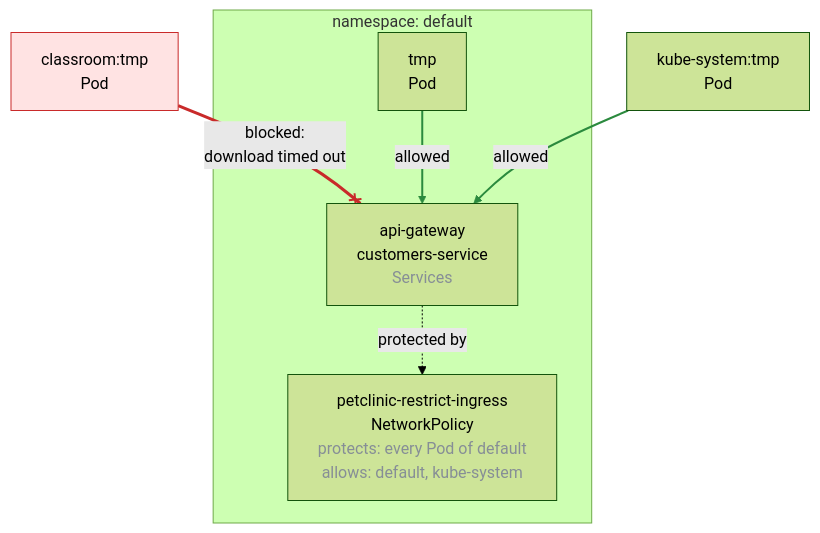
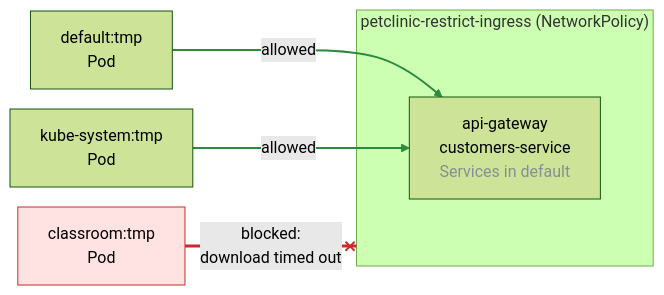
The second of 3 diagrams in _posts/2026-11-08-esigelec-kubernetes-2026.md (mincong-h/mincong-h.github.io), drawn with Mermaid (forest theme) before and after one commit.

Commit message:
Make Figure 6 horizontal in the ESIGELEC Kubernetes 2026 Recap

````diff
--- a/_posts/2026-11-08-esigelec-kubernetes-2026.md
+++ b/_posts/2026-11-08-esigelec-kubernetes-2026.md
@@ -254,27 +254,24 @@
 ```mermaid
 ---
 config:
   flowchart:
-    nodeSpacing: 50
-    rankSpacing: 45
-    wrappingWidth: 260
+    nodeSpacing: 20
+    rankSpacing: 50
 ---
-flowchart TB
+flowchart LR
     c_tmp["classroom:tmp<br>Pod"]
-    subgraph ns_default["namespace: default"]
-        d_tmp["tmp<br>Pod"]
-        petclinic["api-gateway<br>customers-service<br><span style='color:#868e96 !important'>Services</span>"]
-        policy["petclinic-restrict-ingress<br>NetworkPolicy<br><span style='color:#868e96 !important'>protects: every Pod of default<br>allows: default, kube-system</span>"]
+    d_tmp["default:tmp<br>Pod"]
+    k_tmp["kube-system:tmp<br>Pod"]
+    subgraph policy["petclinic-restrict-ingress (NetworkPolicy)"]
+        petclinic["api-gateway<br>customers-service<br><span style='color:#868e96 !important'>Services in default</span>"]
     end
-    k_tmp["kube-system:tmp<br>Pod"]
 
-    c_tmp -- "blocked:<br>download timed out" --x petclinic
+    c_tmp -- "blocked:<br>download timed out" --x policy
     d_tmp -- "allowed" --> petclinic
     k_tmp -- "allowed" --> petclinic
-    petclinic -. "protected by" .-> policy
 
     classDef blocked fill:#ffe3e3,stroke:#c92a2a,color:#000
     class c_tmp blocked
     linkStyle 0 stroke:#c92a2a,stroke-width:3px
     linkStyle 1,2 stroke:#2b8a3e,stroke-width:2px
 ```
````
